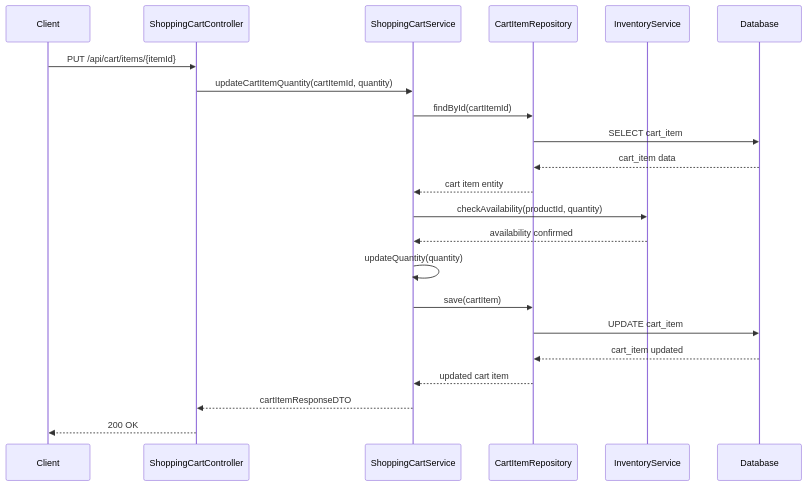
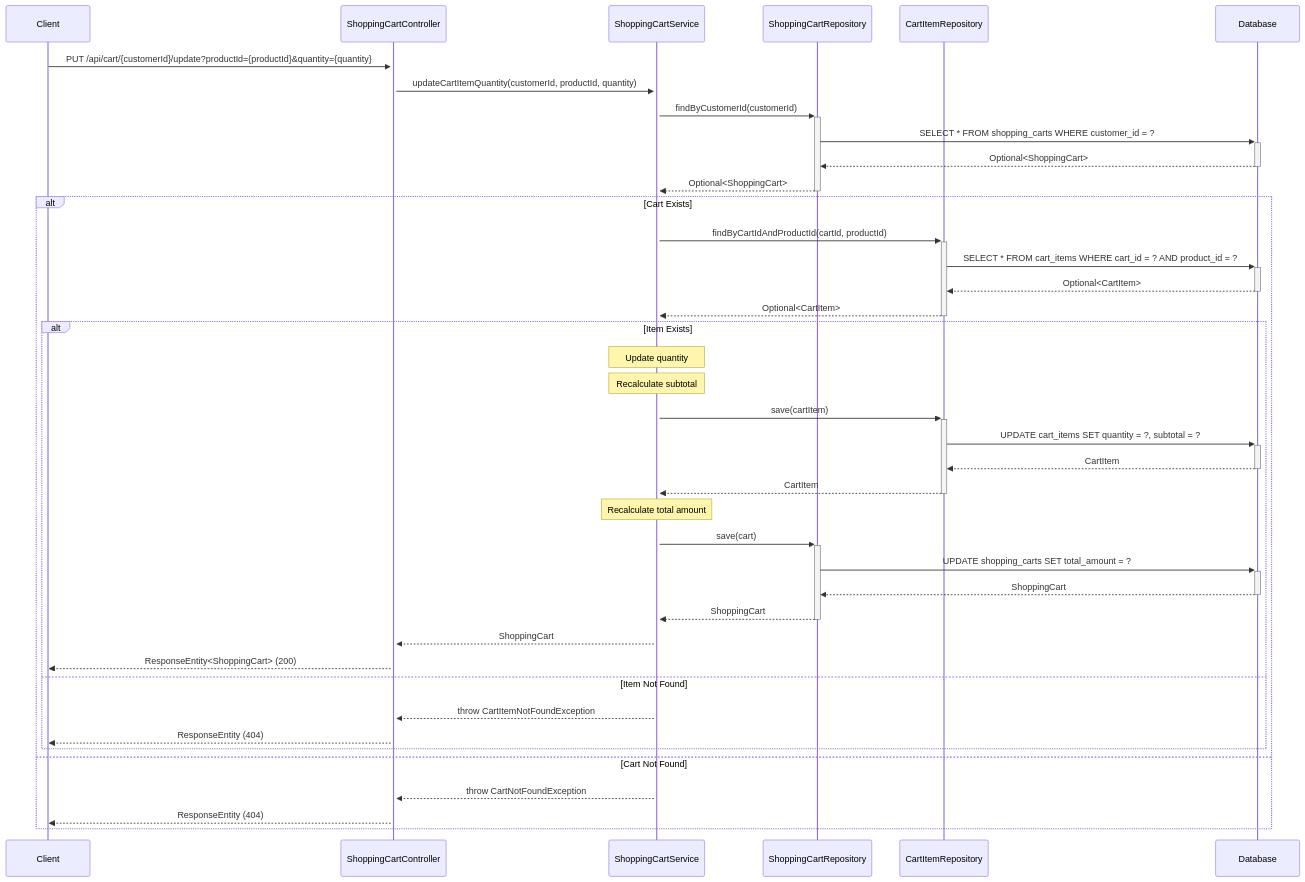
Diagram 12 of 13 in docs/LLD/modified_lld.md (NavneetBN47/aava-ecom-demo), drawn with Mermaid before and after one commit. The commit also changed other lines of this file, not shown here.

````diff
--- a/docs/LLD/modified_lld.md
+++ b/docs/LLD/modified_lld.md
@@ -548,25 +474,48 @@
 ```mermaid
 sequenceDiagram
     participant Client
     participant ShoppingCartController
     participant ShoppingCartService
+    participant ShoppingCartRepository
     participant CartItemRepository
-    participant InventoryService
     participant Database
-
-    Client->>ShoppingCartController: PUT /api/cart/items/{itemId}
-    ShoppingCartController->>ShoppingCartService: updateCartItemQuantity(cartItemId, quantity)
-    ShoppingCartService->>CartItemRepository: findById(cartItemId)
-    CartItemRepository->>Database: SELECT cart_item
-    Database-->>CartItemRepository: cart_item data
-    CartItemRepository-->>ShoppingCartService: cart item entity
-    ShoppingCartService->>InventoryService: checkAvailability(productId, quantity)
-    InventoryService-->>ShoppingCartService: availability confirmed
-    ShoppingCartService->>ShoppingCartService: updateQuantity(quantity)
-    ShoppingCartService->>CartItemRepository: save(cartItem)
-    CartItemRepository->>Database: UPDATE cart_item
-    Database-->>CartItemRepository: cart_item updated
-    CartItemRepository-->>ShoppingCartService: updated cart item
-    ShoppingCartService-->>ShoppingCartController: cartItemResponseDTO
-    ShoppingCartController-->>Client: 200 OK
+    
+    Client->>+ShoppingCartController: PUT /api/cart/{customerId}/update?productId={productId}&quantity={quantity}
+    ShoppingCartController->>+ShoppingCartService: updateCartItemQuantity(customerId, productId, quantity)
+    
+    ShoppingCartService->>+ShoppingCartRepository: findByCustomerId(customerId)
+    ShoppingCartRepository->>+Database: SELECT * FROM shopping_carts WHERE customer_id = ?
+    Database-->>-ShoppingCartRepository: Optional<ShoppingCart>
+    ShoppingCartRepository-->>-ShoppingCartService: Optional<ShoppingCart>
+    
+    alt Cart Exists
+        ShoppingCartService->>+CartItemRepository: findByCartIdAndProductId(cartId, productId)
+        CartItemRepository->>+Database: SELECT * FROM cart_items WHERE cart_id = ? AND product_id = ?
+        Database-->>-CartItemRepository: Optional<CartItem>
+        CartItemRepository-->>-ShoppingCartService: Optional<CartItem>
+        
+        alt Item Exists
+            Note over ShoppingCartService: Update quantity
+            Note over ShoppingCartService: Recalculate subtotal
+            ShoppingCartService->>+CartItemRepository: save(cartItem)
+            CartItemRepository->>+Database: UPDATE cart_items SET quantity = ?, subtotal = ?
+            Database-->>-CartItemRepository: CartItem
+            CartItemRepository-->>-ShoppingCartService: CartItem
+            
+            Note over ShoppingCartService: Recalculate total amount
+            ShoppingCartService->>+ShoppingCartRepository: save(cart)
+            ShoppingCartRepository->>+Database: UPDATE shopping_carts SET total_amount = ?
+            Database-->>-ShoppingCartRepository: ShoppingCart
+            ShoppingCartRepository-->>-ShoppingCartService: ShoppingCart
+            
+            ShoppingCartService-->>ShoppingCartController: ShoppingCart
+            ShoppingCartController-->>Client: ResponseEntity<ShoppingCart> (200)
+        else Item Not Found
+            ShoppingCartService-->>ShoppingCartController: throw CartItemNotFoundException
+            ShoppingCartController-->>Client: ResponseEntity (404)
+        end
+    else Cart Not Found
+        ShoppingCartService-->>ShoppingCartController: throw CartNotFoundException
+        ShoppingCartController-->>Client: ResponseEntity (404)
+    end
 ```
````
